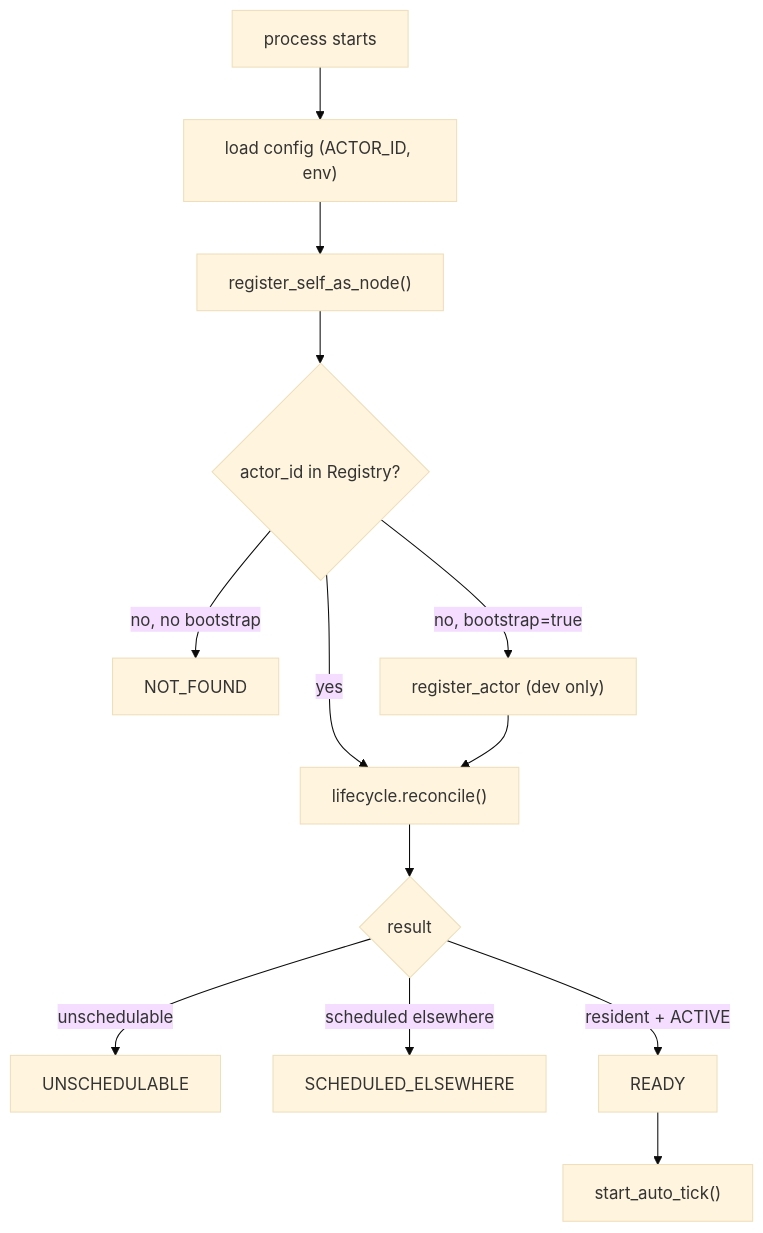
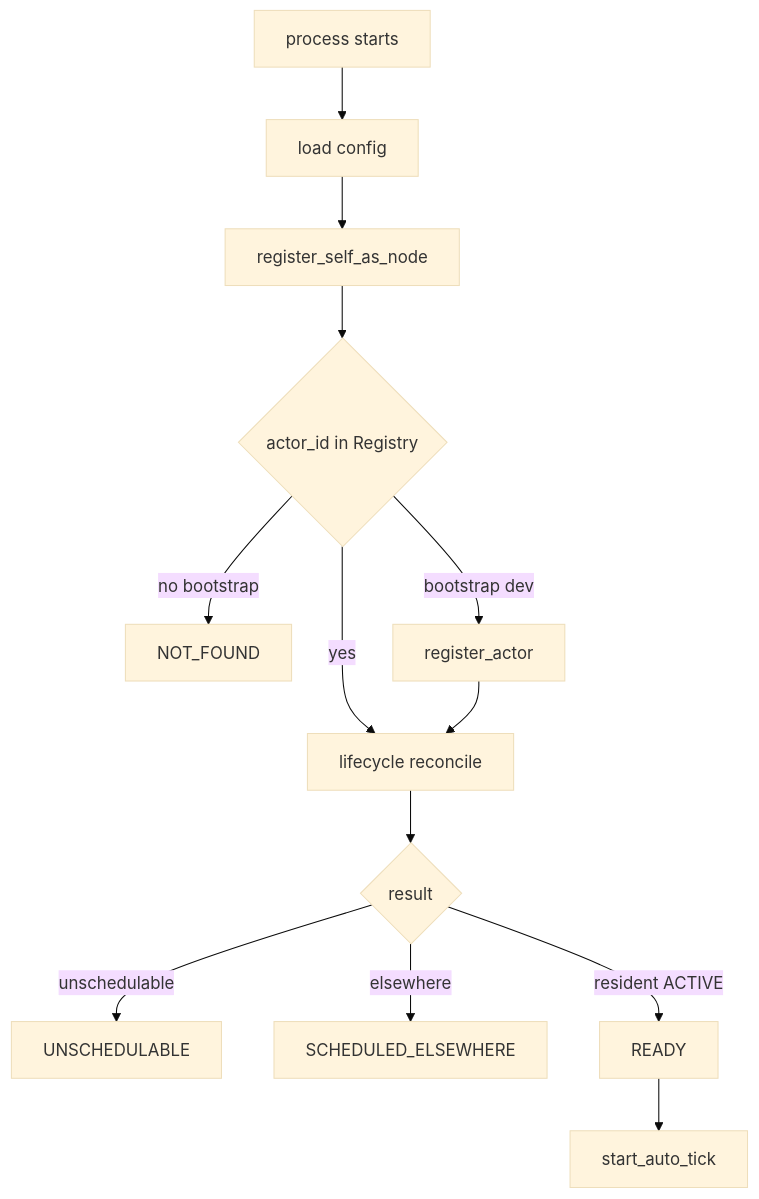
Diagram 15 of 22 in docs/DIAGRAMS.md (monkeypatched-stack/cogitive-os), drawn with Mermaid (base theme) before and after one commit. The commit also changed other lines of this file, not shown here.

Commit message:
adding diagrams

````diff
--- a/docs/DIAGRAMS.md
+++ b/docs/DIAGRAMS.md
@@ -488,15 +527,15 @@
 ```mermaid
-graph TD
-    A["process starts"] --> B["load config (ACTOR_ID, env)"]
-    B --> C["register_self_as_node()"]
-    C --> D{"actor_id in Registry?"}
-    D -- no, no bootstrap --> E["NOT_FOUND"]
-    D -- no, bootstrap=true --> F["register_actor (dev only)"]
-    D -- yes --> G["lifecycle.reconcile()"]
+flowchart TD
+    A[process starts] --> B[load config]
+    B --> C[register_self_as_node]
+    C --> D{actor_id in Registry}
+    D -->|no bootstrap| E[NOT_FOUND]
+    D -->|bootstrap dev| F[register_actor]
+    D -->|yes| G[lifecycle reconcile]
     F --> G
-    G --> H{"result"}
-    H -- unschedulable --> I["UNSCHEDULABLE"]
-    H -- scheduled elsewhere --> J["SCHEDULED_ELSEWHERE"]
-    H -- resident + ACTIVE --> K["READY"]
-    K --> L["start_auto_tick()"]
+    G --> H{result}
+    H -->|unschedulable| I[UNSCHEDULABLE]
+    H -->|elsewhere| J[SCHEDULED_ELSEWHERE]
+    H -->|resident ACTIVE| K[READY]
+    K --> L[start_auto_tick]
 ```
````
